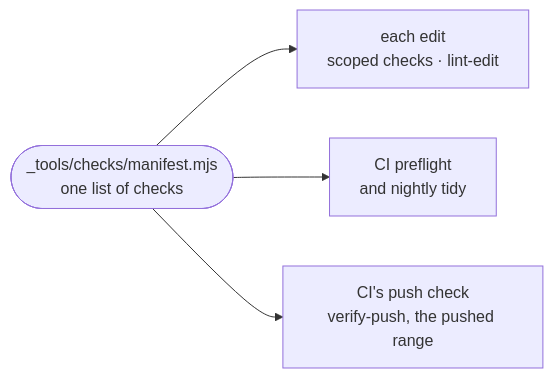
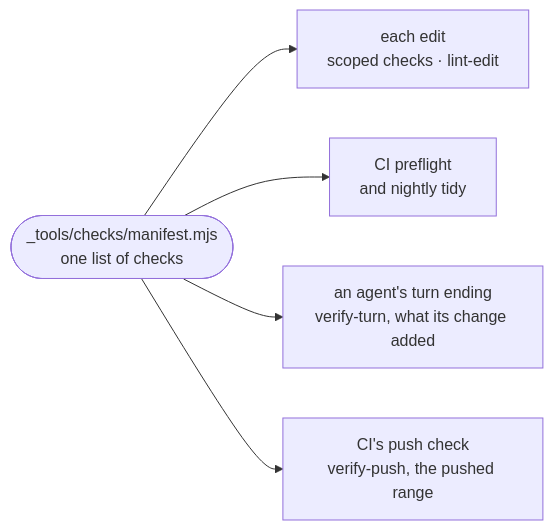
The diagram in docs/architecture/conventions.md (intentic/intentic), drawn with Mermaid before and after one commit. The commit also changed other lines of this file and 66 other files, not shown here.

First line of the commit message:
feat(ci): add verify-turn to check agent work at the end of every turn

````diff
--- a/docs/architecture/conventions.md
+++ b/docs/architecture/conventions.md
@@ -5,6 +5,7 @@
 ```mermaid
 flowchart LR
     list(["_tools/checks/manifest.mjs<br/>one list of checks"]) --> edit["each edit<br/>scoped checks · lint-edit"]
     list --> ci["CI preflight<br/>and nightly tidy"]
+    list --> turn["an agent's turn ending<br/>verify-turn, what its change added"]
     list --> push["CI's push check<br/>verify-push, the pushed range"]
 ```
````
